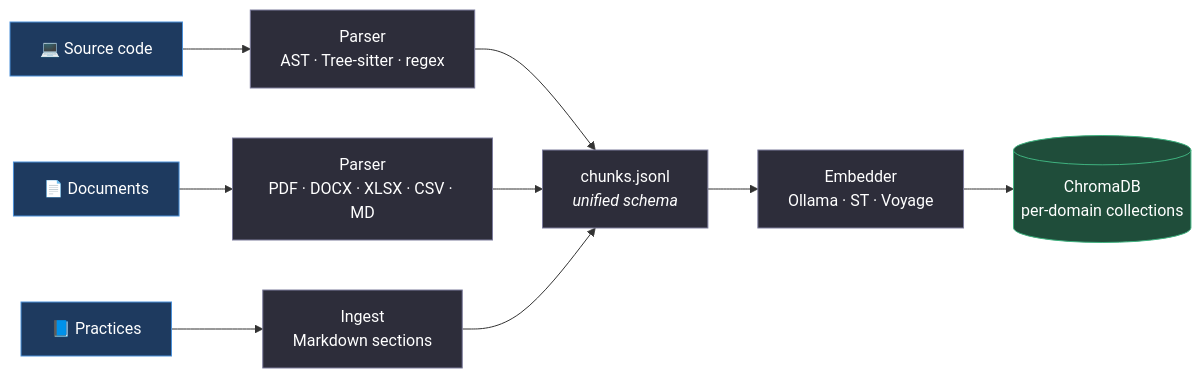
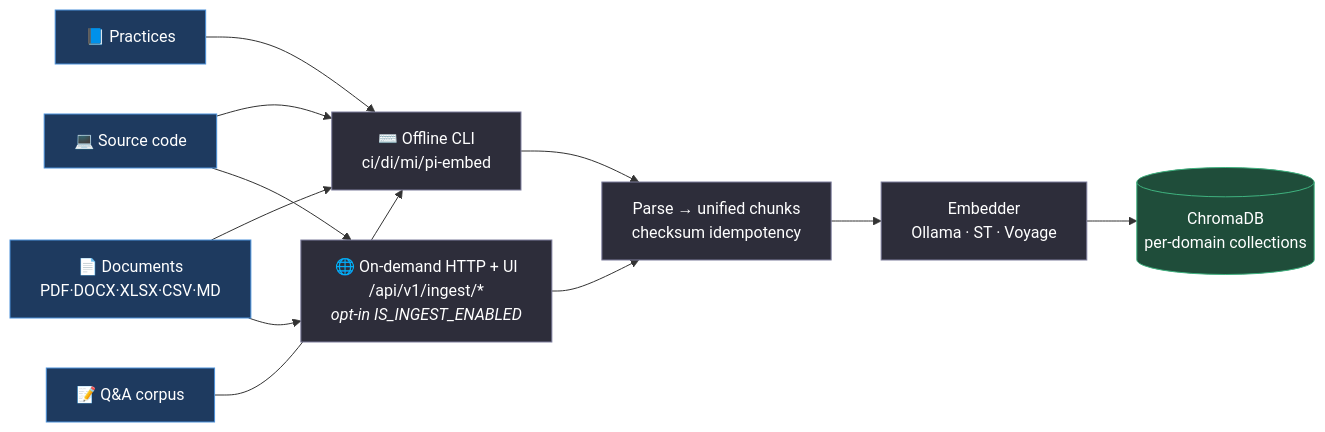
Before and after one commit to ViciusLio/IntelligenceSuite: the first of 4 diagrams in README.md, drawn with Mermaid. The commit also changed other lines of this file, not shown here.

First line of the commit message:
docs: restructure README for readability — clickable TOC, trimmed content, updated + new Mermaid diagrams

````diff
--- a/README.md
+++ b/README.md
@@ -38,18 +63,22 @@
 ```mermaid
 flowchart LR
-    SRC["💻 Source code"]   --> P1["Parser<br/>AST · Tree-sitter · regex"]
-    DOC["📄 Documents"]     --> P2["Parser<br/>PDF · DOCX · XLSX · CSV · MD"]
-    PRA["📘 Practices"]     --> P3["Ingest<br/>Markdown sections"]
-    P1 --> CH["chunks.jsonl<br/><i>unified schema</i>"]
-    P2 --> CH
-    P3 --> CH
-    CH --> EMB["Embedder<br/>Ollama · ST · Voyage"]
+    SRC["💻 Source code"]   --> CLI
+    DOC["📄 Documents<br/>PDF·DOCX·XLSX·CSV·MD"] --> CLI
+    PRA["📘 Practices"]     --> CLI
+    QA["📝 Q&A corpus"]     --> CLI
+    DOC --> API
+    SRC --> API
+
+    CLI["⌨️ Offline CLI<br/>ci/di/mi/pi-embed"] --> SVC
+    API["🌐 On-demand HTTP + UI<br/>/api/v1/ingest/*<br/><i>opt-in IS_INGEST_ENABLED</i>"] --> SVC
+
+    SVC["Parse → unified chunks<br/>checksum idempotency"] --> EMB["Embedder<br/>Ollama · ST · Voyage"]
     EMB --> DB[("ChromaDB<br/>per-domain collections")]
 
     classDef src fill:#1e3a5f,stroke:#4a90d9,color:#fff;
     classDef proc fill:#2d2d3a,stroke:#7c7c9c,color:#fff;
     classDef store fill:#1f4d3a,stroke:#3fb27f,color:#fff;
-    class SRC,DOC,PRA src;
-    class P1,P2,P3,CH,EMB proc;
+    class SRC,DOC,PRA,QA src;
+    class CLI,API,SVC,EMB proc;
     class DB store;
 ```
````
